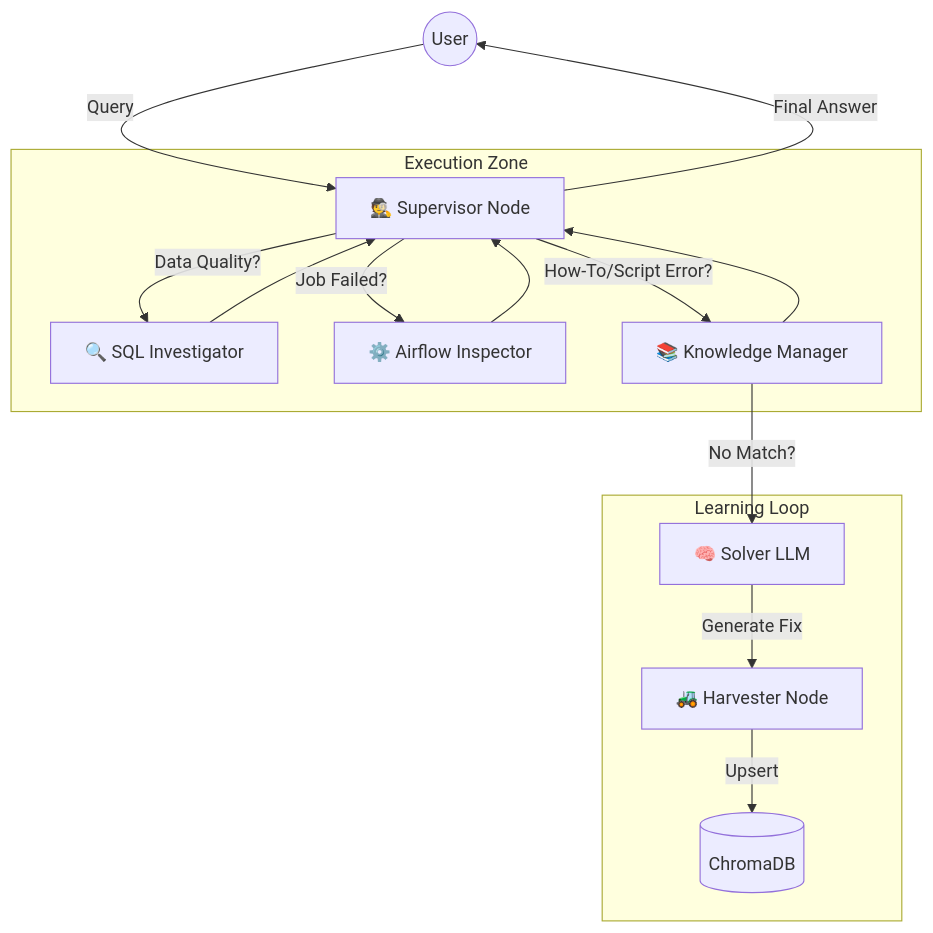
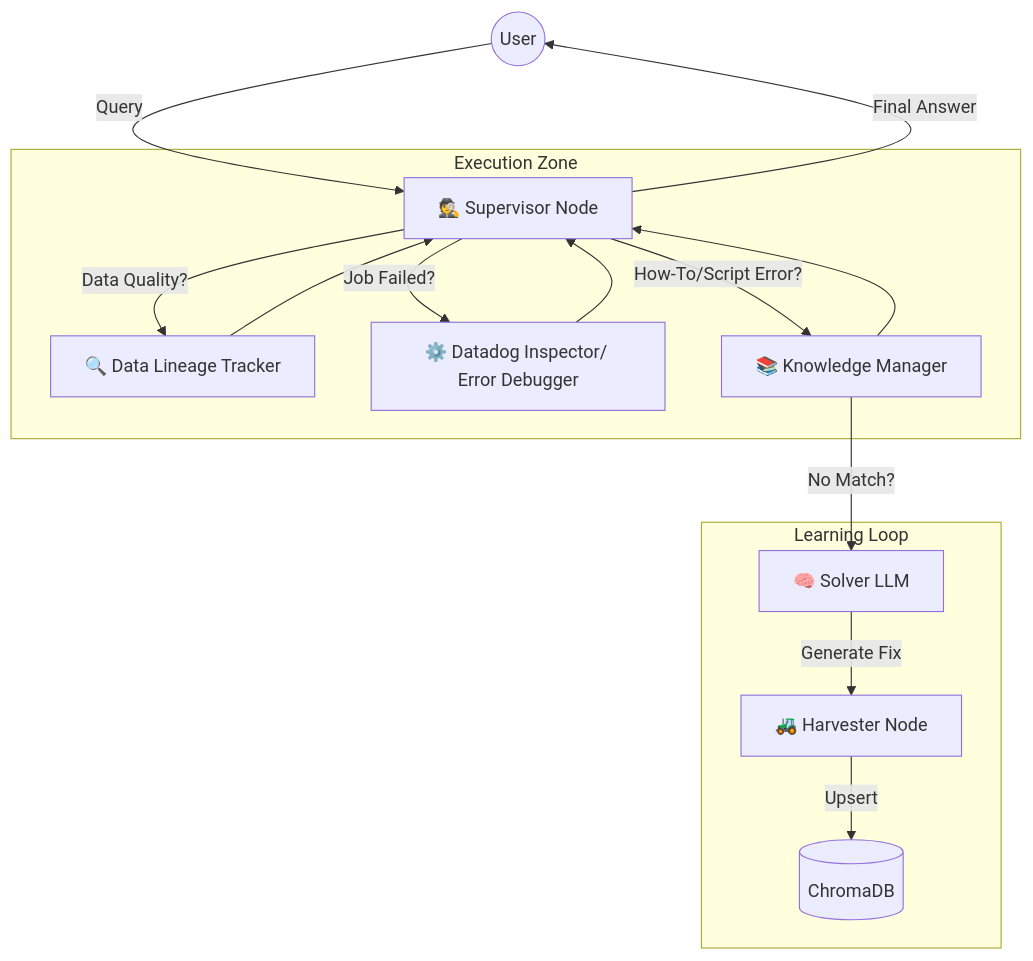
The diagram in ARCHITECTURE.md (howdoyoustan/BFS-Data-Bot), drawn with Mermaid before and after one commit.

````diff
--- a/ARCHITECTURE.md
+++ b/ARCHITECTURE.md
@@ -11,21 +11,21 @@
 ```mermaid
 graph TD
     User((User)) -->|Query| Supervisor[🕵️ Supervisor Node]
     
     subgraph "Execution Zone"
-        Supervisor -->|Data Quality?| SQL[🔍 SQL Investigator]
-        Supervisor -->|Job Failed?| Airflow[⚙️ Airflow Inspector]
+        Supervisor -->|Data Quality?| SQL[🔍 Data Lineage Tracker]
+        Supervisor -->|Job Failed?| Airflow[⚙️ Datadog Inspector/ Error Debugger]
         Supervisor -->|How-To/Script Error?| KB[📚 Knowledge Manager]
     end
     
     subgraph "Learning Loop"
         KB -->|No Match?| LLM[🧠 Solver LLM]
         LLM -->|Generate Fix| Harvester[🚜 Harvester Node]
         Harvester -->|Upsert| VectorDB[(ChromaDB)]
     end
     
     SQL --> Supervisor
     Airflow --> Supervisor
     KB --> Supervisor
     Supervisor -->|Final Answer| User
 ```
````
